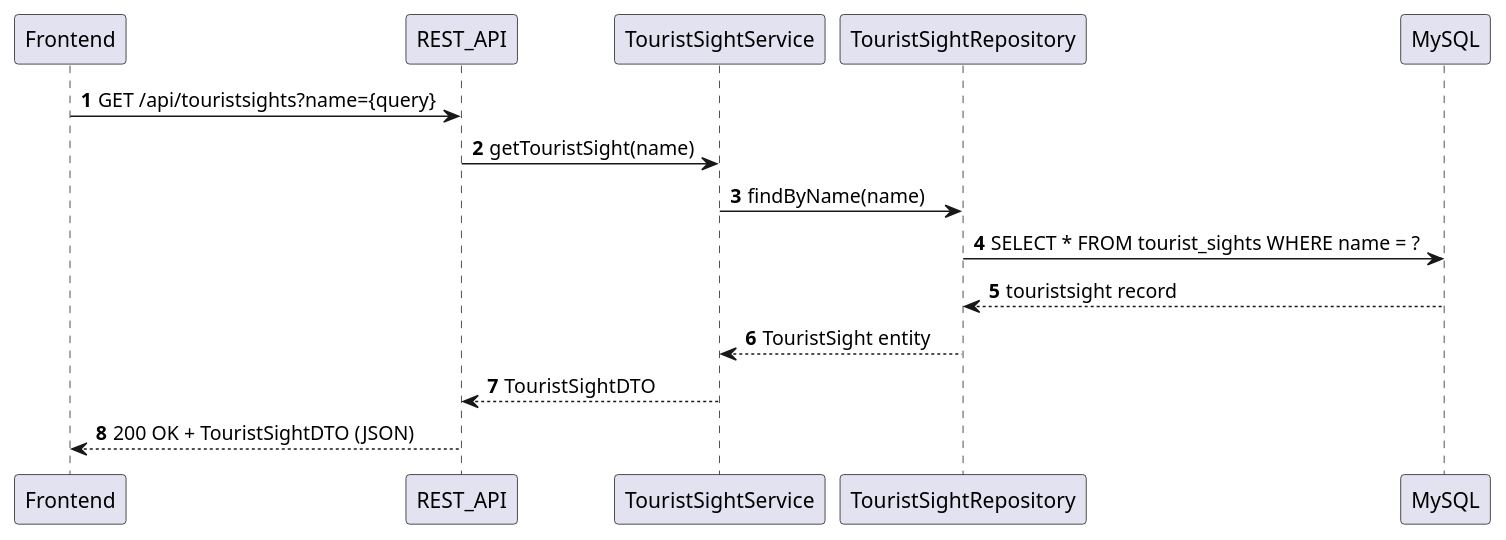
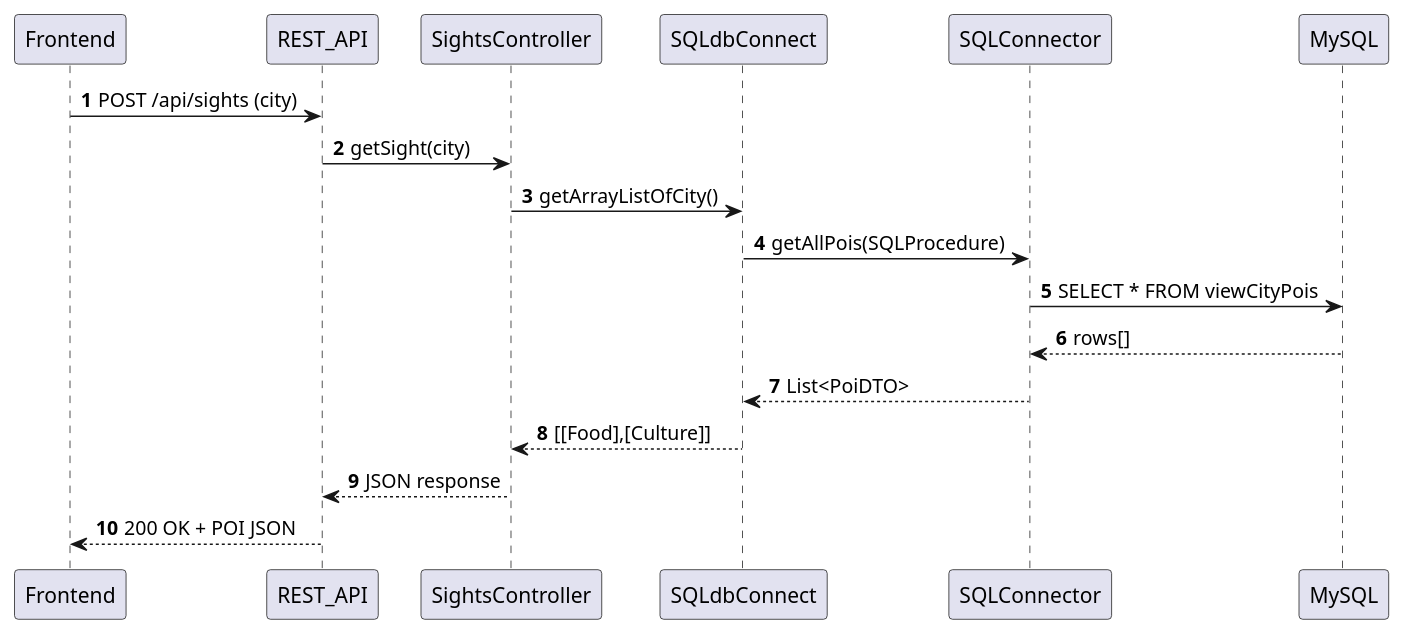
One commit to nafisaaay/SET-group-7 changed the diagram in backend/src/modellering/TouristSightSequence.puml. Above: the diagram before and after it, drawn with PlantUML. The commit also changed 2 other files, not shown here.

Commit message:
fix: oppdatert klassediagrammene

```diff
--- a/backend/src/modellering/TouristSightSequence.puml
+++ b/backend/src/modellering/TouristSightSequence.puml
@@ -1,14 +1,16 @@
 @startuml
-'https://plantuml.com/sequence-diagram
-
+'autonumber for clearer message order
 autonumber
 
-Frontend -> REST_API: GET /api/touristsights?name={query}
-REST_API -> TouristSightService: getTouristSight(name)
-TouristSightService -> TouristSightRepository: findByName(name)
-TouristSightRepository -> MySQL: SELECT * FROM tourist_sights WHERE name = ?
-MySQL --> TouristSightRepository: touristsight record
-TouristSightRepository --> TouristSightService: TouristSight entity
-TouristSightService --> REST_API: TouristSightDTO
-REST_API --> Frontend: 200 OK + TouristSightDTO (JSON)
+Frontend -> REST_API: POST /api/sights (city)
+REST_API -> SightsController: getSight(city)
+SightsController -> SQLdbConnect: getArrayListOfCity()
+SQLdbConnect -> SQLConnector: getAllPois(SQLProcedure)
+SQLConnector -> MySQL: SELECT * FROM viewCityPois
+MySQL --> SQLConnector: rows[]
+SQLConnector --> SQLdbConnect: List<PoiDTO>
+SQLdbConnect --> SightsController: [[Food],[Culture]]
+SightsController --> REST_API: JSON response
+REST_API --> Frontend: 200 OK + POI JSON
+
 @enduml
```
